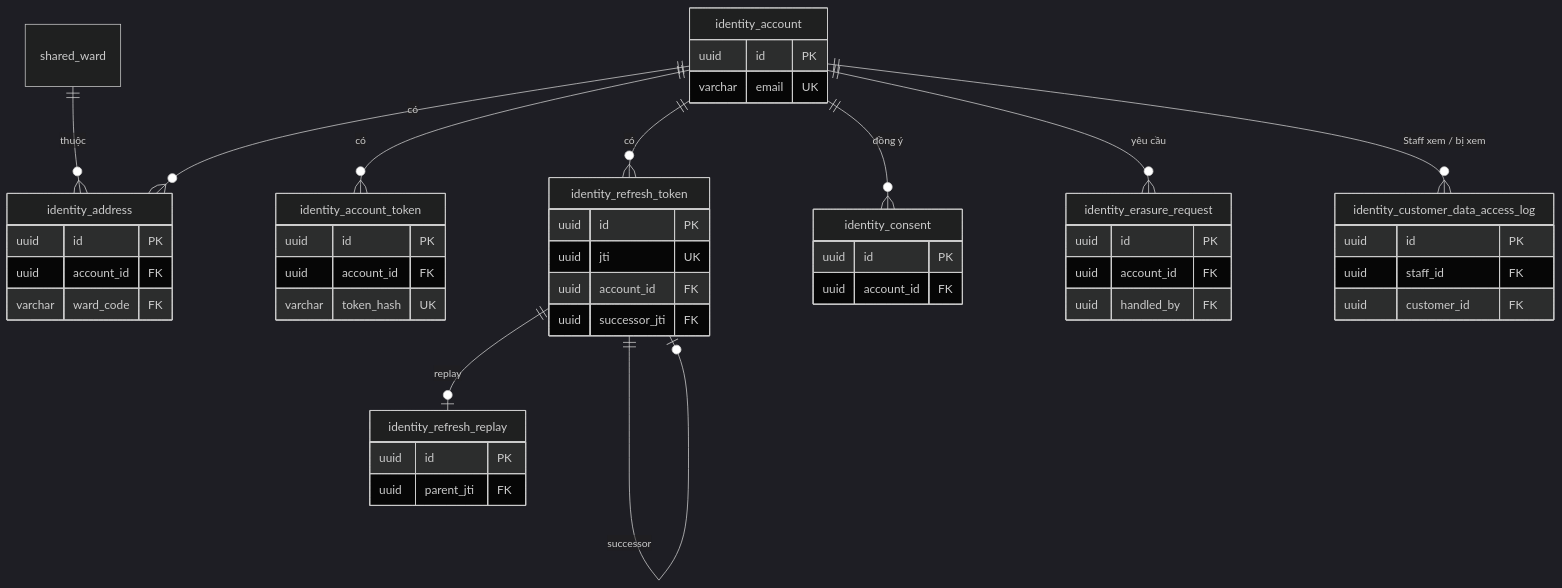
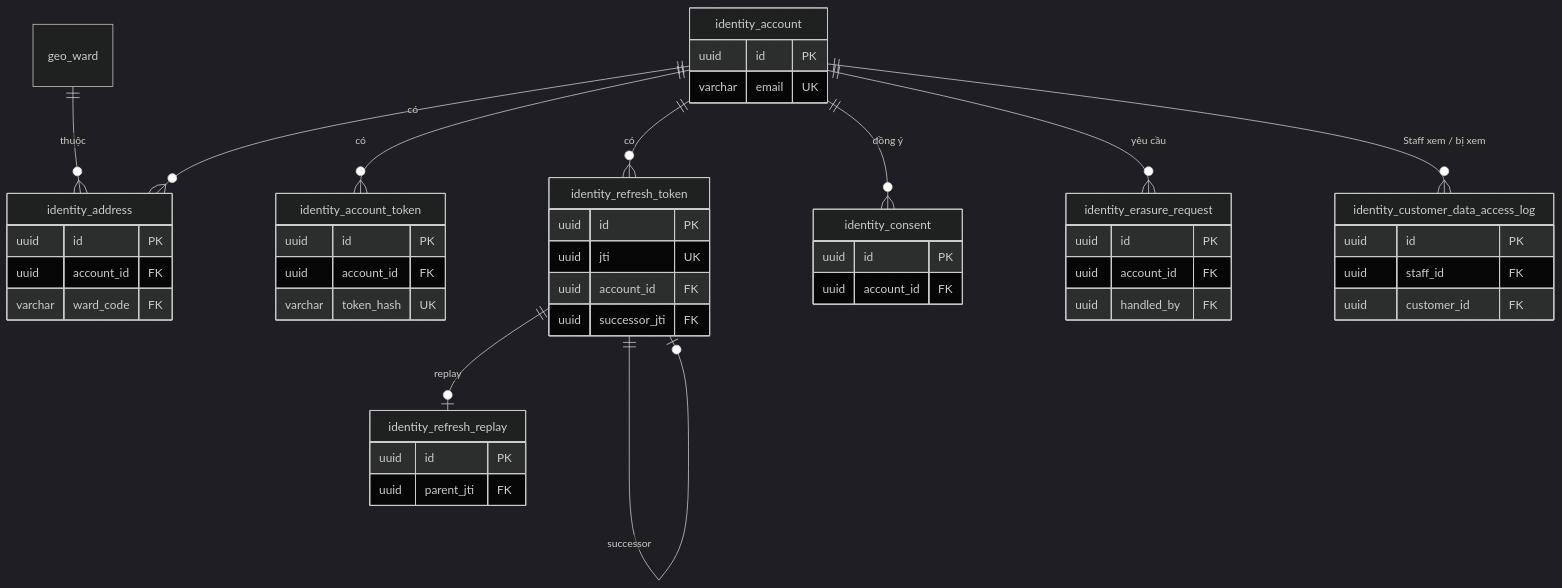
One commit to LuongCongThanh/fashion-store-backend changed the third of 10 diagrams in docs/architecture/03-data-model.md. Above: the diagram before and after it, drawn with Mermaid (dark theme). The commit also changed other lines of this file and 17 other files, not shown here.

Commit message:
docs(architecture): align docs with ADR 0018 target layout and fix broken anchors

````diff
--- a/docs/architecture/03-data-model.md
+++ b/docs/architecture/03-data-model.md
@@ -390,50 +390,50 @@
 ```mermaid
 erDiagram
     identity_account ||--o{ identity_address : "có"
     identity_account ||--o{ identity_account_token : "có"
     identity_account ||--o{ identity_refresh_token : "có"
     identity_refresh_token ||--o| identity_refresh_replay : "replay"
     identity_refresh_token ||--o| identity_refresh_token : "successor"
     identity_account ||--o{ identity_consent : "đồng ý"
     identity_account ||--o{ identity_erasure_request : "yêu cầu"
     identity_account ||--o{ identity_customer_data_access_log : "Staff xem / bị xem"
-    shared_ward ||--o{ identity_address : "thuộc"
+    geo_ward ||--o{ identity_address : "thuộc"
     identity_account {
         uuid id PK
         varchar email UK
     }
     identity_address {
         uuid id PK
         uuid account_id FK
         varchar ward_code FK
     }
     identity_account_token {
         uuid id PK
         uuid account_id FK
         varchar token_hash UK
     }
     identity_refresh_token {
         uuid id PK
         uuid jti UK
         uuid account_id FK
         uuid successor_jti FK
     }
     identity_refresh_replay {
         uuid id PK
         uuid parent_jti FK
     }
     identity_consent {
         uuid id PK
         uuid account_id FK
     }
     identity_erasure_request {
         uuid id PK
         uuid account_id FK
         uuid handled_by FK
     }
     identity_customer_data_access_log {
         uuid id PK
         uuid staff_id FK
         uuid customer_id FK
     }
 ```
````
